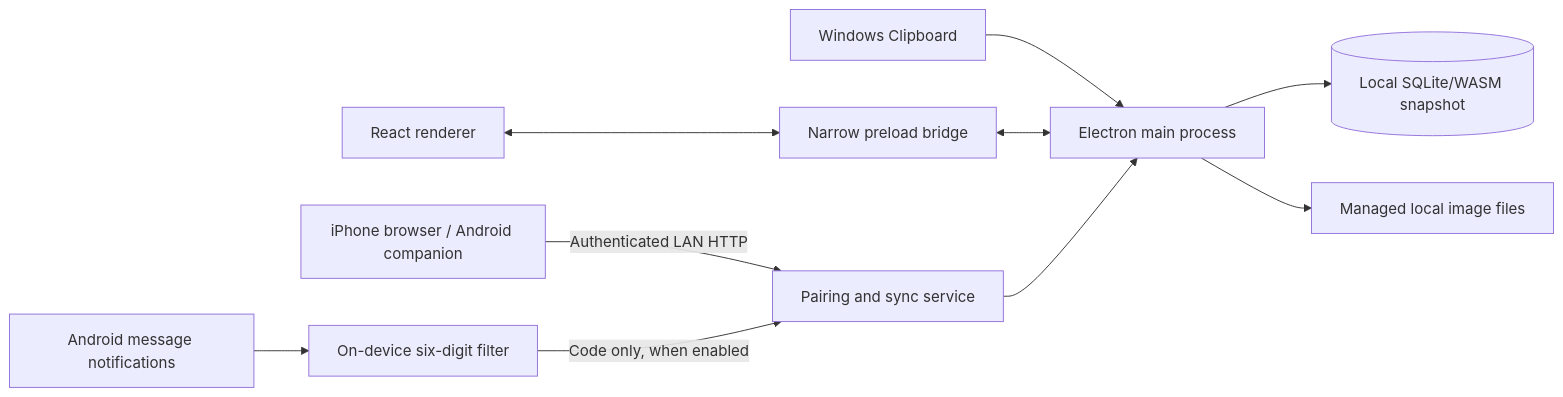
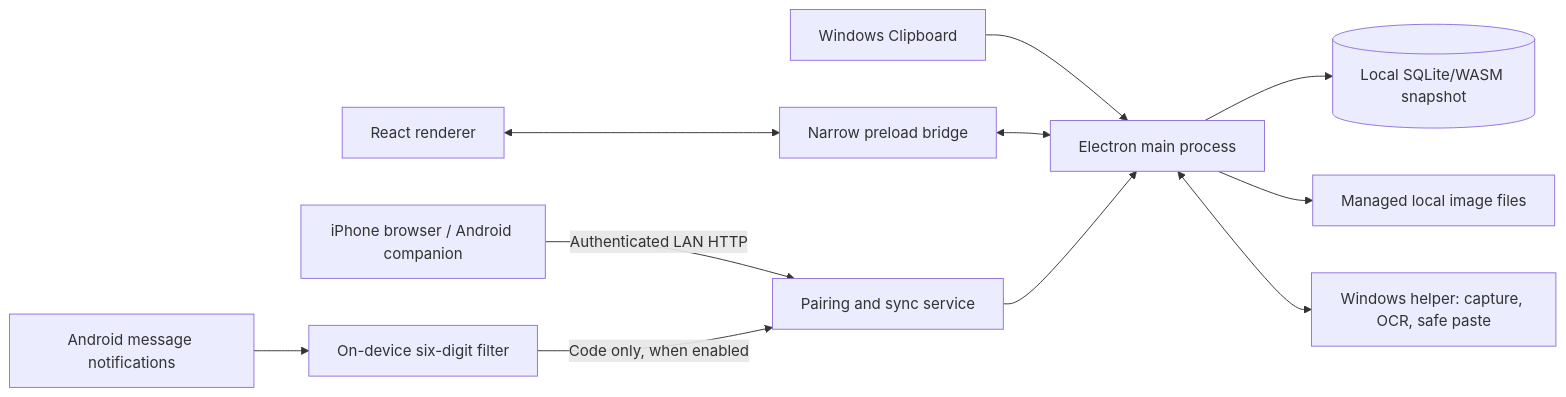
The diagram in README.md (adlk-bit/clipboard-manager), drawn with Mermaid before and after one commit. The commit also changed other lines of this file, not shown here.

````diff
--- a/README.md
+++ b/README.md
@@ -258,12 +269,13 @@
 ```mermaid
 flowchart LR
   Clipboard[Windows Clipboard] --> Main[Electron main process]
   Renderer[React renderer] <--> Preload[Narrow preload bridge]
   Preload <--> Main
   Main --> DB[(Local SQLite/WASM snapshot)]
   Main --> Assets[Managed local image files]
+  Main <--> Native[Windows helper: capture, OCR, safe paste]
   Phone[iPhone browser / Android companion] -->|Authenticated LAN HTTP| Pairing[Pairing and sync service]
   Pairing --> Main
   AndroidNotifications[Android message notifications] --> Filter[On-device six-digit filter]
   Filter -->|Code only, when enabled| Pairing
 ```
````
